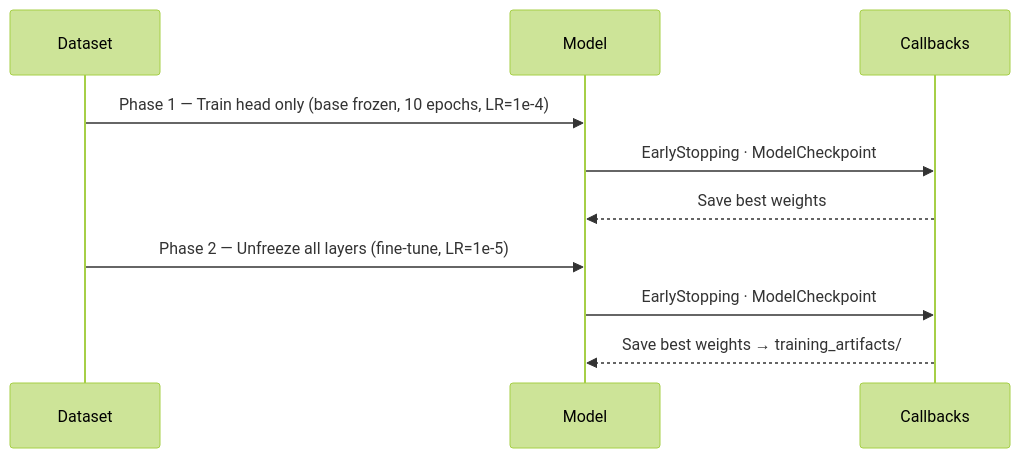
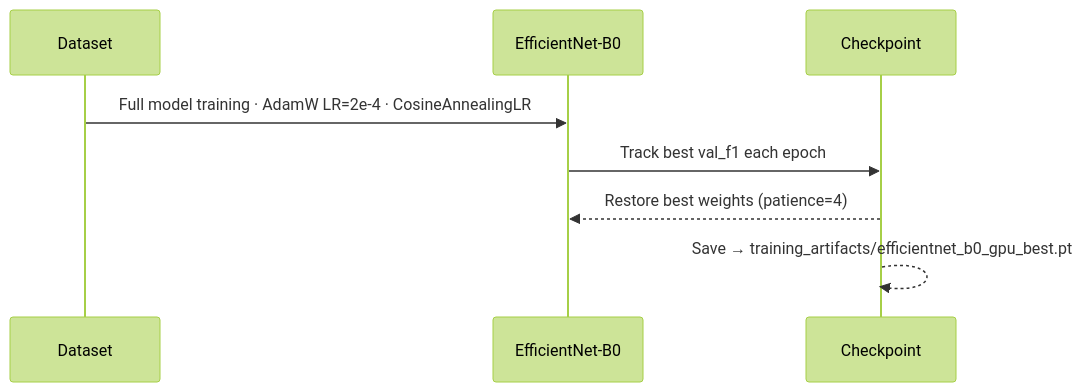
Before and after one commit to elewashy/skin-cancer-efficientnet-xai: the fifth of 8 diagrams in README.md, drawn with Mermaid (forest theme). The commit also changed other lines of this file and 2 other files, not shown here.

````diff
--- a/README.md
+++ b/README.md
@@ -173,14 +177,11 @@
 ```mermaid
 sequenceDiagram
     participant D as Dataset
-    participant M as Model
-    participant CB as Callbacks
+    participant M as EfficientNet-B0
+    participant CB as Checkpoint
 
-    D->>M: Phase 1 — Train head only (base frozen, 10 epochs, LR=1e-4)
-    M->>CB: EarlyStopping · ModelCheckpoint
-    CB-->>M: Save best weights
-
-    D->>M: Phase 2 — Unfreeze all layers (fine-tune, LR=1e-5)
-    M->>CB: EarlyStopping · ModelCheckpoint
-    CB-->>M: Save best weights → training_artifacts/
+    D->>M: Full model training · AdamW LR=2e-4 · CosineAnnealingLR
+    M->>CB: Track best val_f1 each epoch
+    CB-->>M: Restore best weights (patience=4)
+    CB-->>CB: Save → training_artifacts/efficientnet_b0_gpu_best.pt
 ```
````
